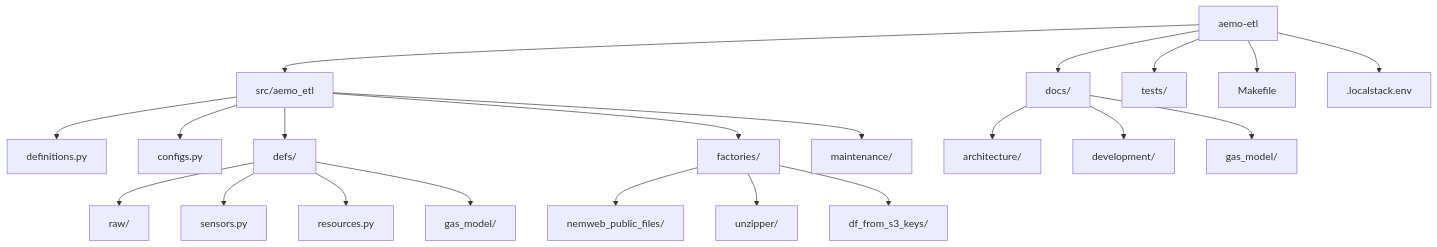
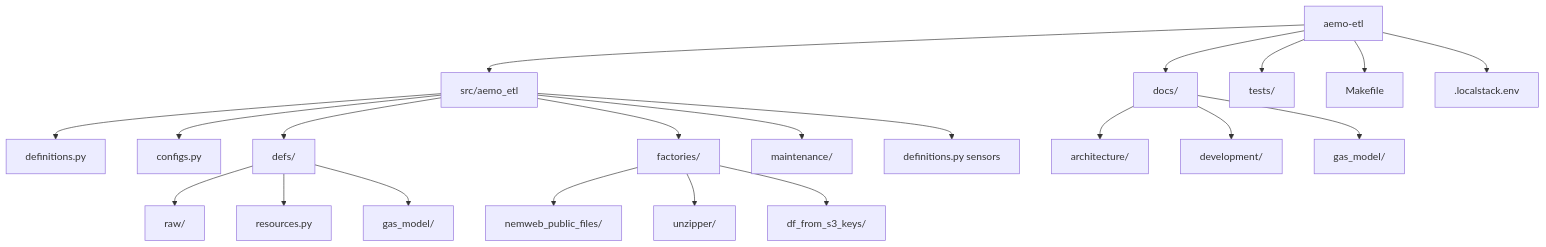
The second of 3 diagrams in backend-services/dagster-user/aemo-etl/README.md (Chr1sC0de/energy-market-delta-lake), drawn with Mermaid before and after one commit. The commit also changed other lines of this file and 15 other files, not shown here.

````diff
--- a/backend-services/dagster-user/aemo-etl/README.md
+++ b/backend-services/dagster-user/aemo-etl/README.md
@@ -71,27 +71,27 @@
 ```mermaid
 flowchart TD
     Root["aemo-etl"] --> Src["src/aemo_etl"]
     Root --> Docs["docs/"]
     Root --> Tests["tests/"]
     Root --> Make["Makefile"]
     Root --> Env[".localstack.env"]
 
     Src --> Definitions["definitions.py"]
     Src --> Config["configs.py"]
     Src --> Defs["defs/"]
     Src --> Factories["factories/"]
     Src --> Maintenance["maintenance/"]
 
     Defs --> Raw["raw/"]
-    Defs --> Sensors["sensors.py"]
     Defs --> Resources["resources.py"]
     Defs --> GasModel["gas_model/"]
+    Src --> Sensors["definitions.py sensors"]
 
     Factories --> Nemweb["nemweb_public_files/"]
     Factories --> Unzip["unzipper/"]
     Factories --> DfS3["df_from_s3_keys/"]
 
     Docs --> ArchDocs["architecture/"]
     Docs --> DevDocs["development/"]
     Docs --> GasDocs["gas_model/"]
 ```
````
